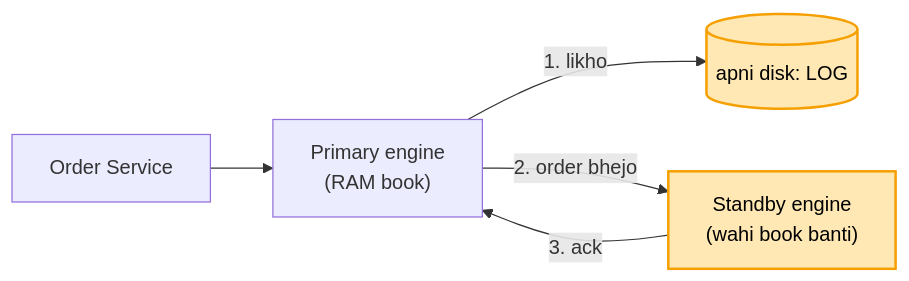
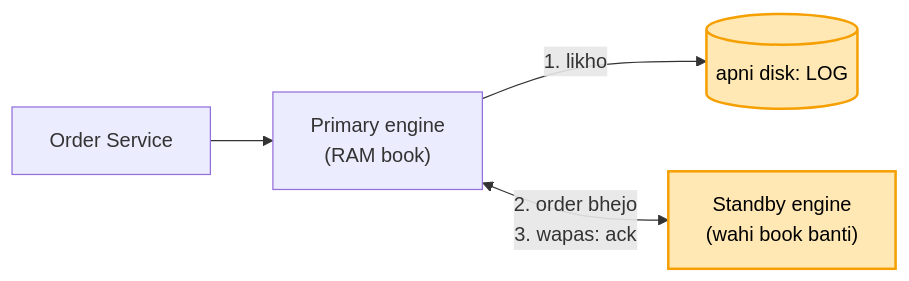
Before and after one commit to ArpanMaheshwari144/Prep: the fifth of 8 diagrams in 04_HLD/SYSTEM_DESIGNS/05_stock_broker_trading/05_stock_broker_trading.md, drawn with Mermaid. The commit also changed 7 other files, not shown here.

Commit message:
HLD diagram: 13 jagah do dabbon ke beech do teer the (label dabbe pe chadhta) -> ek teer, jaata / wapas do line

````diff
--- a/04_HLD/SYSTEM_DESIGNS/05_stock_broker_trading/05_stock_broker_trading.md
+++ b/04_HLD/SYSTEM_DESIGNS/05_stock_broker_trading/05_stock_broker_trading.md
@@ -195,9 +195,8 @@
 ```mermaid
 flowchart LR
     O["Order Service"] --> P["Primary engine<br/>(RAM book)"]
     P -- "1. likho" --> L[("apni disk: LOG")]
-    P -- "2. order bhejo" --> S["Standby engine<br/>(wahi book banti)"]
-    S -- "3. ack" --> P
+    P <-->|"2. order bhejo<br/>3. wapas: ack"| S["Standby engine<br/>(wahi book banti)"]
     style L fill:#ffe8b3,stroke:#f59f00,stroke-width:2px,color:#000
     style S fill:#ffe8b3,stroke:#f59f00,stroke-width:2px,color:#000
 ```
````
